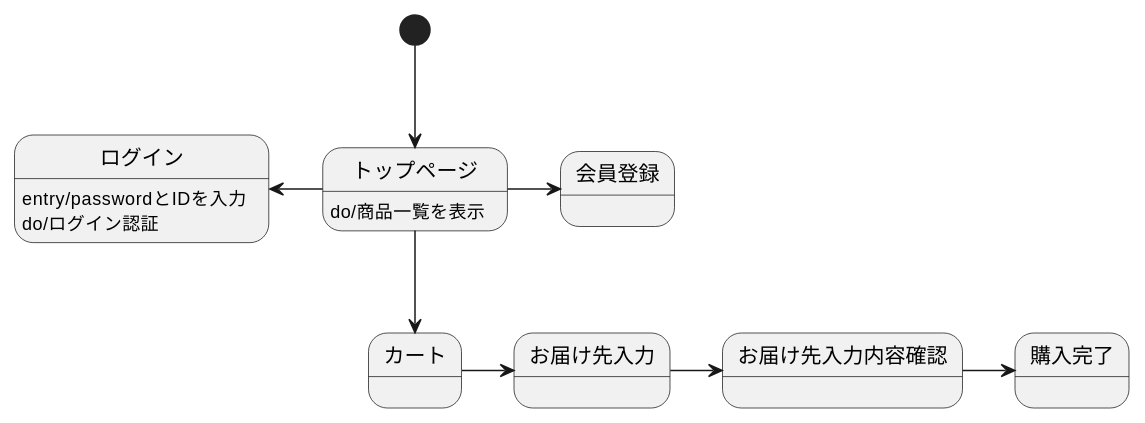
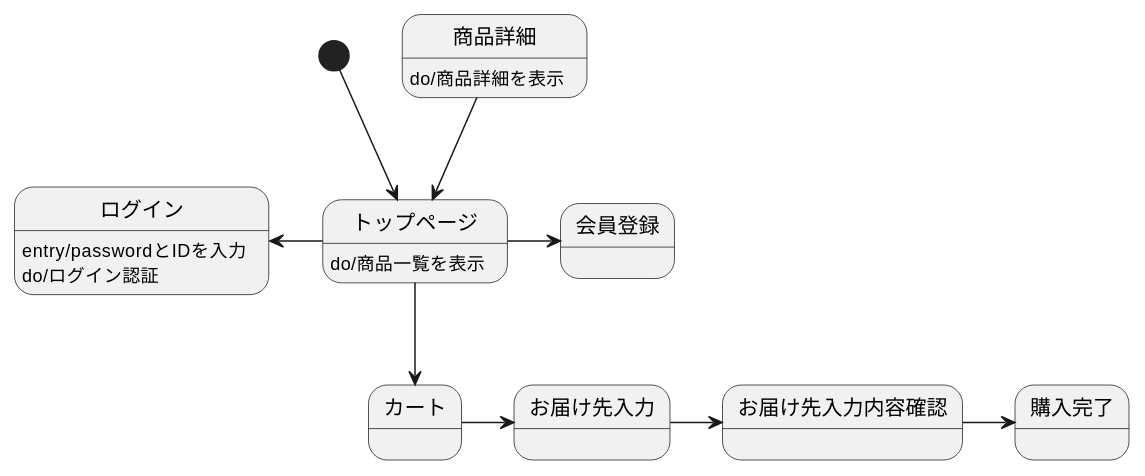
One commit to Aso2001388/2021sys-design changed the diagram in stm01.md. Above: the diagram before and after it, drawn with PlantUML.

````diff
--- a/stm01.md
+++ b/stm01.md
@@ -1,15 +1,17 @@
 ```uml
 @startuml
 [*] --> トップページ
 トップページ -> 会員登録
 トップページ -left-> ログイン
 トップページ --> カート
 カート -> お届け先入力
 お届け先入力 -> お届け先入力内容確認
 お届け先入力内容確認 -> 購入完了
+商品詳細-->トップページ
 
 トップページ:do/商品一覧を表示
 ログイン : entry/passwordとIDを入力
 ログイン : do/ログイン認証
+商品詳細: do/商品詳細を表示
 @enduml
 ```
````
